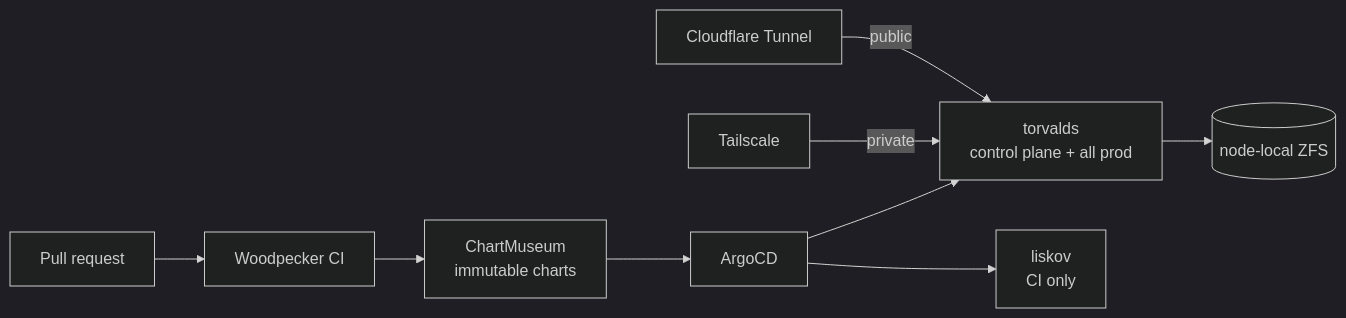
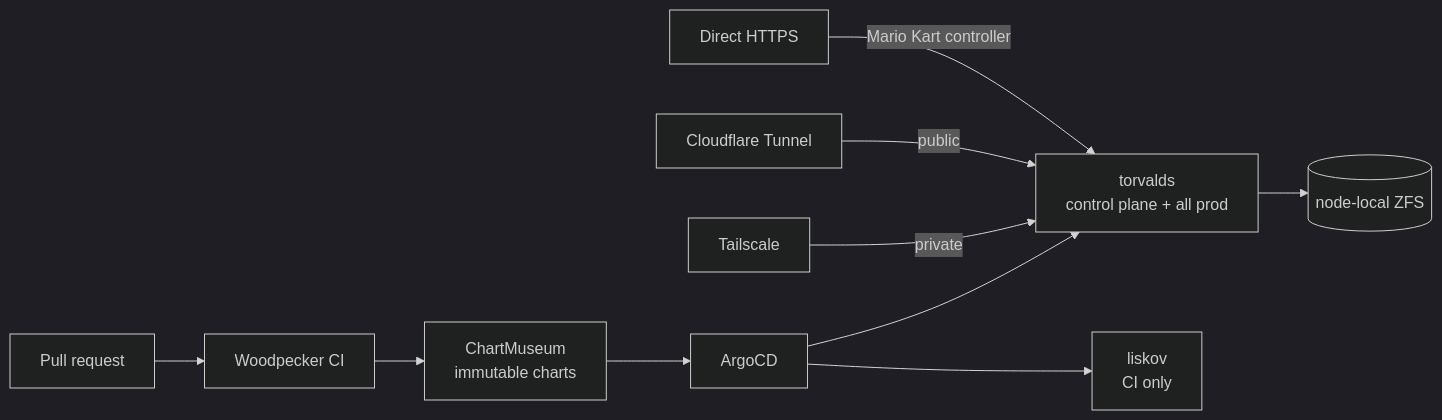
Before and after one commit to shepherdjerred/monorepo: the diagram in packages/docs/wiki/src/content/docs/explanation/homelab/overview.md, drawn with Mermaid (dark theme). The commit also changed other lines of this file and 11 other files, not shown here.

First line of the commit message:
feat(homelab): prepare direct HTTPS for Mario Kart

````diff
--- a/packages/docs/wiki/src/content/docs/explanation/homelab/overview.md
+++ b/packages/docs/wiki/src/content/docs/explanation/homelab/overview.md
@@ -12,14 +12,15 @@
 ```mermaid
 flowchart LR
   accTitle: Homelab topology
-  accDescr: A pull request builds cdk8s manifests into immutable Helm charts published to ChartMuseum. ArgoCD syncs them onto a two-node Talos cluster. Torvalds is the control plane and runs all production workloads on node-local ZFS volumes. Liskov is a CI-only worker running Woodpecker step pods. Tailscale provides private ingress and Cloudflare Tunnel provides public ingress.
+  accDescr: A pull request builds cdk8s manifests into immutable Helm charts published to ChartMuseum. ArgoCD syncs them onto a two-node Talos cluster. Torvalds is the control plane and runs all production workloads on node-local ZFS volumes. Liskov is a CI-only worker running Woodpecker step pods. Tailscale provides private ingress and Cloudflare Tunnel provides public ingress. Mario Kart also supports direct HTTPS through the home router and Caddy.
 
   PR[Pull request] --> CI[Woodpecker CI]
   CI --> CM[ChartMuseum<br/>immutable charts]
   CM --> ARGO[ArgoCD]
   ARGO --> T[torvalds<br/>control plane + all prod]
   ARGO --> L[liskov<br/>CI only]
   T --> ZFS[(node-local ZFS)]
   TS[Tailscale] -->|private| T
   CF[Cloudflare Tunnel] -->|public| T
+  DIRECT[Direct HTTPS] -->|Mario Kart controller| T
 ```
````
